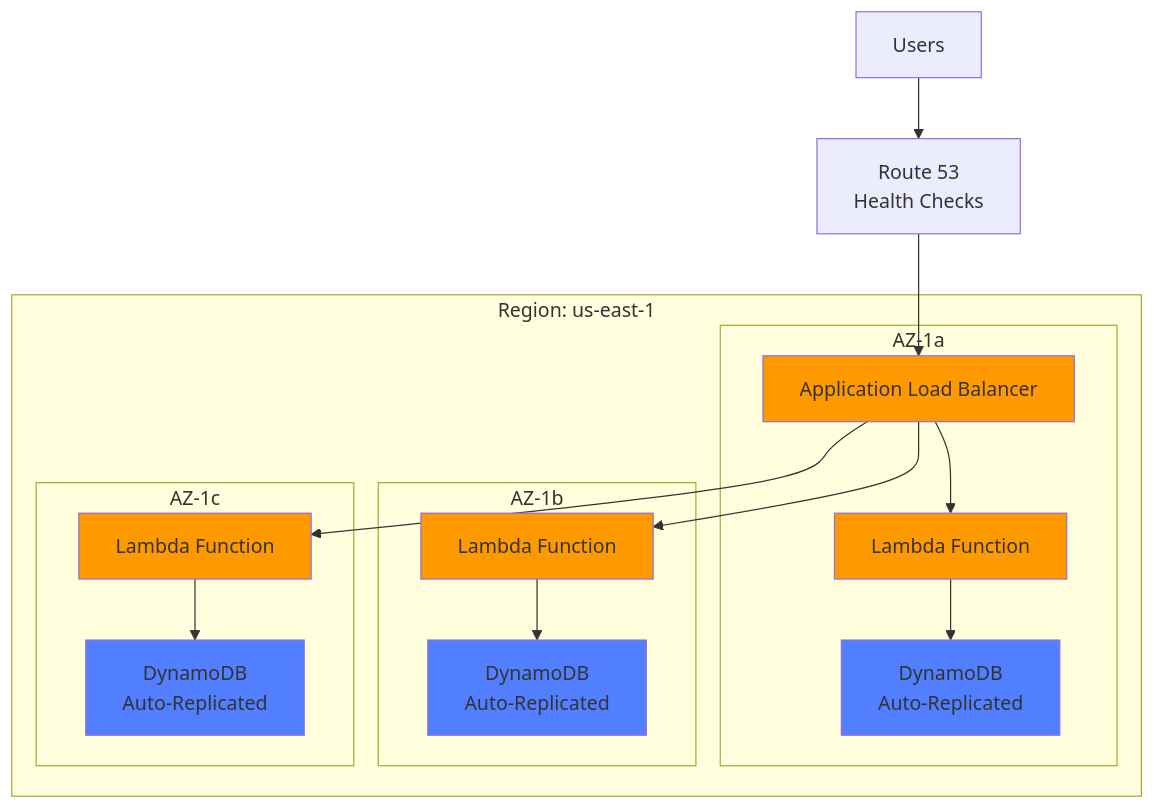
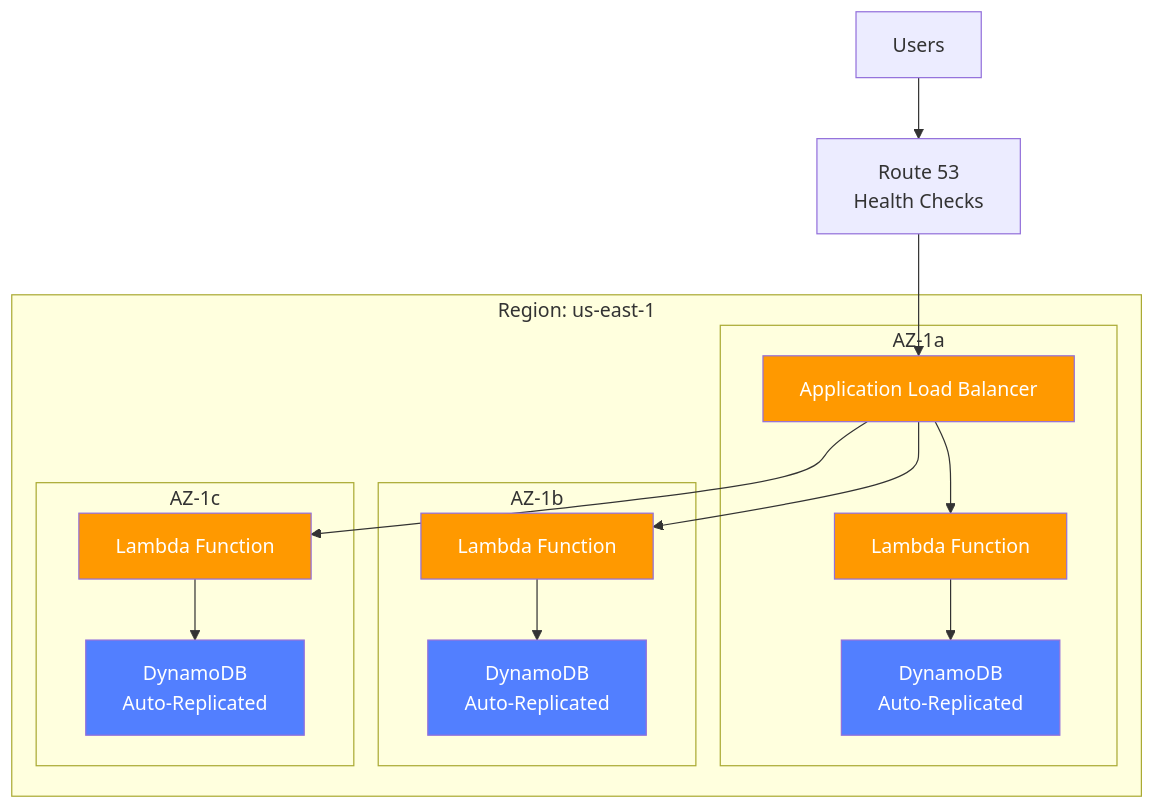
The diagram in docs/api-markdown/_media/skills/aws-security-architecture/SKILL.md (Hack23/European-Parliament-MCP-Server), drawn with Mermaid before and after one commit. The commit also changed 28 other files, not shown here.

First line of the commit message:
fix: correct 5 broken mermaid diagrams and add explicit text colors for dark/light mode

````diff
--- a/docs/api-markdown/_media/skills/aws-security-architecture/SKILL.md
+++ b/docs/api-markdown/_media/skills/aws-security-architecture/SKILL.md
@@ -242,38 +242,45 @@
 ```mermaid
 graph TB
     subgraph "Region: us-east-1"
         subgraph "AZ-1a"
             ALB1[Application Load Balancer]
             Lambda1a[Lambda Function]
             DDB1a[DynamoDB<br/>Auto-Replicated]
         end
         
         subgraph "AZ-1b"
             Lambda1b[Lambda Function]
             DDB1b[DynamoDB<br/>Auto-Replicated]
         end
         
         subgraph "AZ-1c"
             Lambda1c[Lambda Function]
             DDB1c[DynamoDB<br/>Auto-Replicated]
         end
     end
     
     User[Users] --> R53[Route 53<br/>Health Checks]
     R53 --> ALB1
     ALB1 --> Lambda1a
     ALB1 --> Lambda1b
     ALB1 --> Lambda1c
     
     Lambda1a --> DDB1a
     Lambda1b --> DDB1b
     Lambda1c --> DDB1c
     
-    style ALB1 fill:#ff9900
-    style Lambda1a fill:#ff9900
-    style Lambda1b fill:#ff9900
-    style Lambda1c fill:#ff9900
-    style DDB1a fill:#527fff
-    style DDB1b fill:#527fff
-    style DDB1c fill:#527fff
+    style ALB1 fill:#ff9900,color:#ffffff
+
+    style Lambda1a fill:#ff9900,color:#ffffff
+
+    style Lambda1b fill:#ff9900,color:#ffffff
+
+    style Lambda1c fill:#ff9900,color:#ffffff
+
+    style DDB1a fill:#527fff,color:#ffffff
+
+    style DDB1b fill:#527fff,color:#ffffff
+
+    style DDB1c fill:#527fff,color:#ffffff
+
 ```
````
